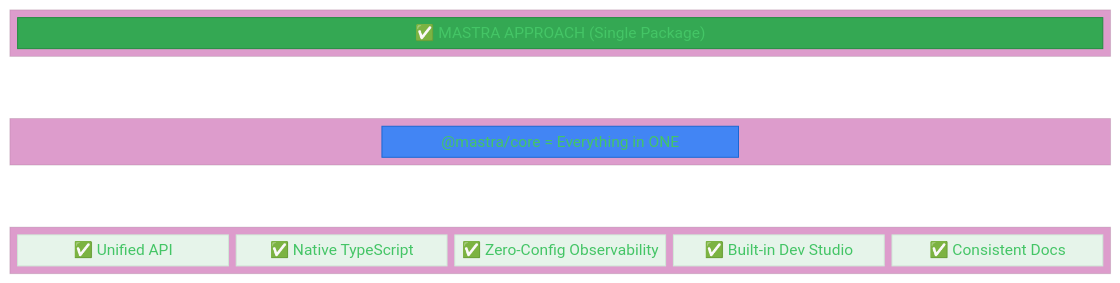
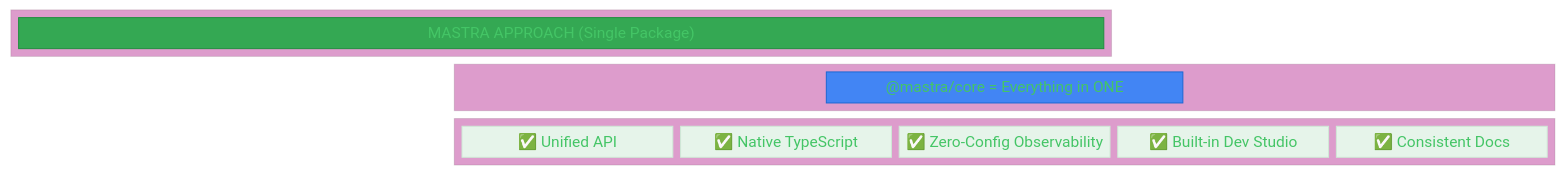
One commit to kranthiB/tech-pulse changed the third of 7 diagrams in docs/frameworks-n-platforms/ai-application-platforms/mastra-ai-framework.md. Above: the diagram before and after it, drawn with Mermaid. The commit also changed other lines of this file and 1 other file, not shown here.

Commit message:
Fix Mastra AI Framework diagram styling and correct index link

````diff
--- a/docs/frameworks-n-platforms/ai-application-platforms/mastra-ai-framework.md
+++ b/docs/frameworks-n-platforms/ai-application-platforms/mastra-ai-framework.md
@@ -151,35 +151,35 @@
 ```mermaid
 %%{init: {'theme': 'base', 'themeVariables': { 'primaryColor': '#34A853', 'primaryTextColor': '#fff', 'primaryBorderColor': '#1E8E3E', 'lineColor': '#5F6368'}}}%%
 block-beta
     columns 5
     
     block:mastraHeader:5
-        mastraTitle["✅ MASTRA APPROACH (Single Package)"]
+        mastraTitle["MASTRA APPROACH (Single Package)"]
     end
     
-    space:5
+    space:2
     
     block:package:5
         space
         mastraCore["@mastra/core = Everything in ONE"]
         space
     end
     
-    space:5
+    space:2
     
     block:benefits:5
         benefit1["✅ Unified API"]
         benefit2["✅ Native TypeScript"]
         benefit3["✅ Zero-Config Observability"]
         benefit4["✅ Built-in Dev Studio"]
         benefit5["✅ Consistent Docs"]
     end
 
     style mastraTitle fill:#34A853,stroke:#1E8E3E,color:#fff
     style mastraCore fill:#4285F4,stroke:#1967D2,color:#fff
     style benefit1 fill:#E6F4EA,stroke:#CEEAD6,color:#1E8E3E
     style benefit2 fill:#E6F4EA,stroke:#CEEAD6,color:#1E8E3E
     style benefit3 fill:#E6F4EA,stroke:#CEEAD6,color:#1E8E3E
     style benefit4 fill:#E6F4EA,stroke:#CEEAD6,color:#1E8E3E
     style benefit5 fill:#E6F4EA,stroke:#CEEAD6,color:#1E8E3E
 ```
````
